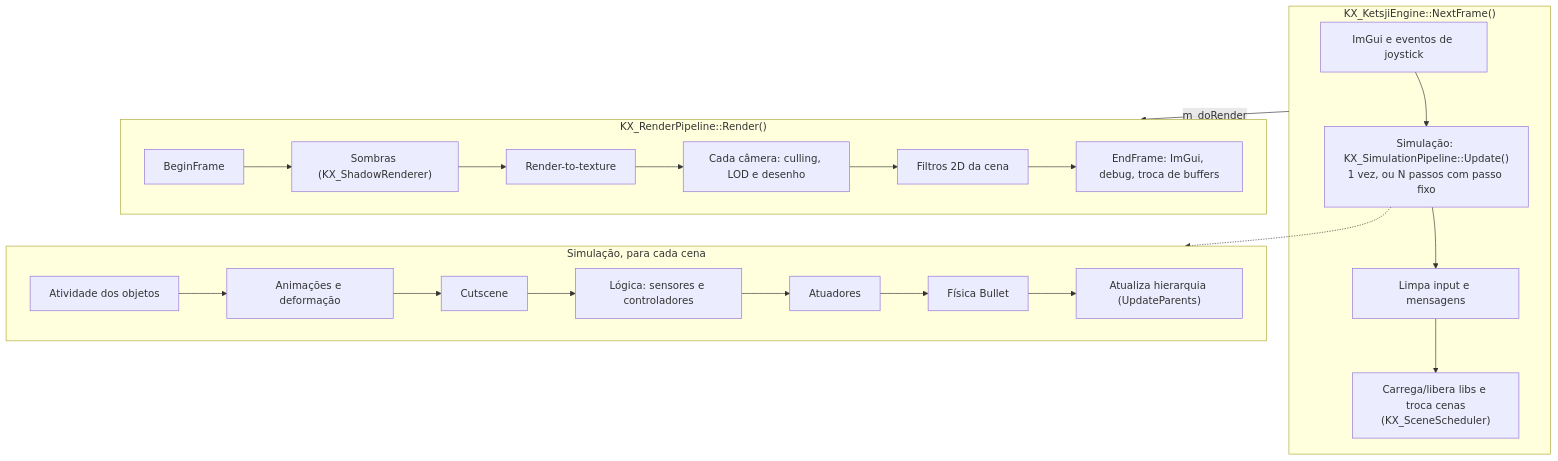
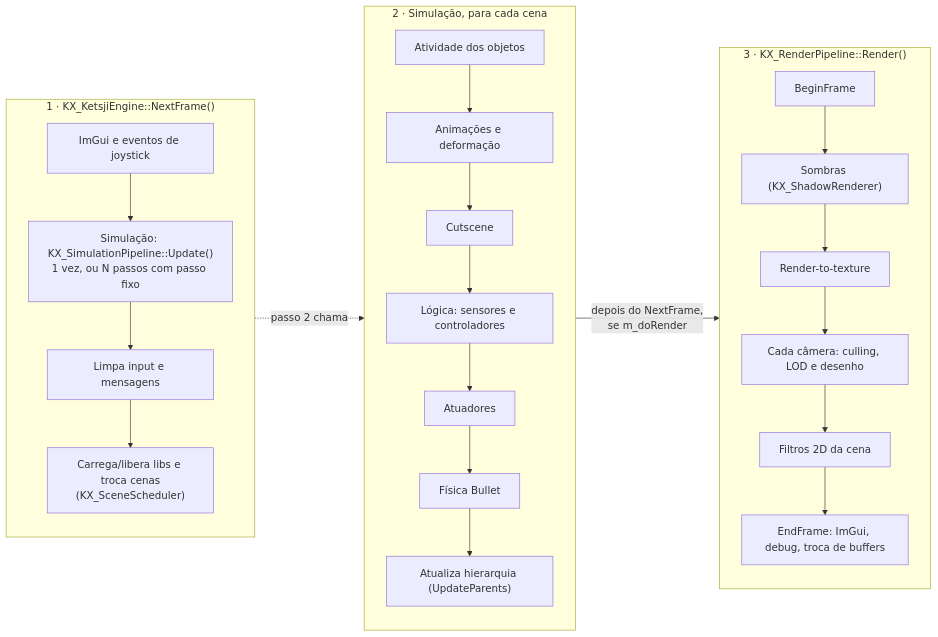
Before and after one commit to AnastacioGames/AnastacioEngine: the fourth of 6 diagrams in docs/diagramas-arquitetura.md, drawn with Mermaid.

Commit message:
Docs: diagrama do frame em tres colunas (validado com mermaid-cli)

````diff
--- a/docs/diagramas-arquitetura.md
+++ b/docs/diagramas-arquitetura.md
@@ -113,31 +113,34 @@
 ```mermaid
-flowchart TB
-    subgraph NF["KX_KetsjiEngine::NextFrame()"]
+flowchart LR
+    subgraph NF["1 · KX_KetsjiEngine::NextFrame()"]
+        direction TB
         N1["ImGui e eventos de joystick"]
         N2["Simulação: KX_SimulationPipeline::Update()<br/>1 vez, ou N passos com passo fixo"]
         N3["Limpa input e mensagens"]
         N4["Carrega/libera libs e troca cenas<br/>(KX_SceneScheduler)"]
         N1 --> N2 --> N3 --> N4
     end
-    subgraph SIM["Simulação, para cada cena"]
+    subgraph SIM["2 · Simulação, para cada cena"]
+        direction TB
         S1["Atividade dos objetos"]
         S2["Animações e deformação"]
         S3["Cutscene"]
         S4["Lógica: sensores e controladores"]
         S5["Atuadores"]
         S6["Física Bullet"]
         S7["Atualiza hierarquia (UpdateParents)"]
         S1 --> S2 --> S3 --> S4 --> S5 --> S6 --> S7
     end
-    subgraph RD["KX_RenderPipeline::Render()"]
+    subgraph RD["3 · KX_RenderPipeline::Render()"]
+        direction TB
         R1["BeginFrame"]
         R2["Sombras (KX_ShadowRenderer)"]
         R3["Render-to-texture"]
         R4["Cada câmera: culling, LOD e desenho"]
         R5["Filtros 2D da cena"]
         R6["EndFrame: ImGui, debug, troca de buffers"]
         R1 --> R2 --> R3 --> R4 --> R5 --> R6
     end
-    N2 -.-> SIM
-    NF -->|"m_doRender"| RD
+    NF -.->|"passo 2 chama"| SIM
+    SIM -->|"depois do NextFrame,<br/>se m_doRender"| RD
 ```
````
